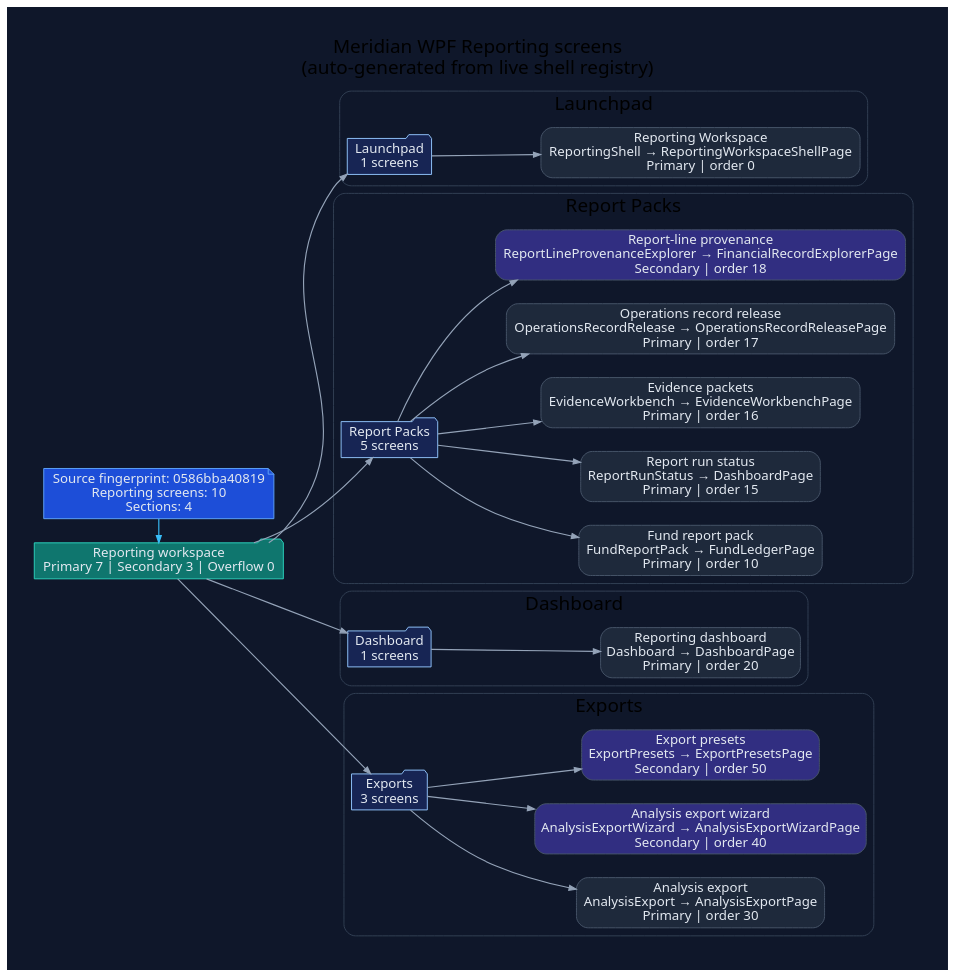
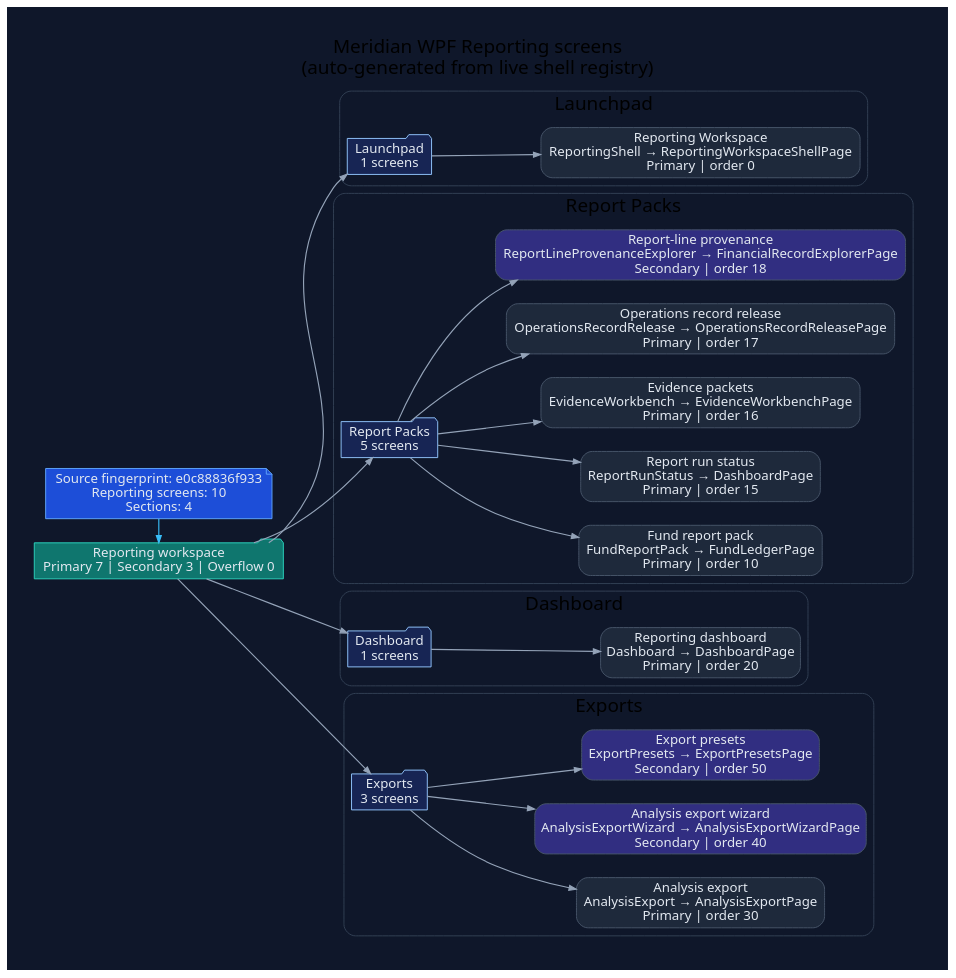
Before and after one commit to rodoHasArrived/Meridian-main: the diagram in docs/diagrams/ui-wpf-screens-reporting.dot, drawn with Graphviz. The commit also changed 21 other files, not shown here.

First line of the commit message:
docs(diagrams): regenerate UI diagrams for the changed WPF source fingerprint

```diff
--- a/docs/diagrams/ui-wpf-screens-reporting.dot
+++ b/docs/diagrams/ui-wpf-screens-reporting.dot
@@ -1,78 +1,78 @@
 // -----------------------------------------------------------------------------
 // <auto-generated>
 // Generated by scripts/generate-diagrams.mjs.
 // Do not edit this file directly; update the WPF source files instead.
 // -----------------------------------------------------------------------------
 digraph WpfReportingScreens {
   graph [
     rankdir=LR,
     labelloc=t,
     label="Meridian WPF Reporting screens\n(auto-generated from live shell registry)",
     fontname="Segoe UI",
     fontsize=20,
     pad=0.4,
     nodesep=0.35,
     ranksep=0.85,
     bgcolor="#0f172a"
   ];
   node [fontname="Segoe UI", shape=box, style="rounded,filled", color="#475569", fontcolor="#e2e8f0", fillcolor="#1e293b"];
   edge [fontname="Segoe UI", color="#94a3b8", penwidth=1.2, arrowsize=0.75];
 
-  generated [shape=note, fillcolor="#1d4ed8", color="#60a5fa", label="Source fingerprint: 0586bba40819\nReporting screens: 10\nSections: 4"];
+  generated [shape=note, fillcolor="#1d4ed8", color="#60a5fa", label="Source fingerprint: e0c88836f933\nReporting screens: 10\nSections: 4"];
   workspace [shape=folder, fillcolor="#0f766e", color="#2dd4bf", label="Reporting workspace\nPrimary 7 | Secondary 3 | Overflow 0"];
   generated -> workspace [color="#38bdf8"];
 
   subgraph cluster_section_1 {
     label="Launchpad";
     color="#334155";
     style="rounded";
     section_1 [shape=folder, fillcolor="#172554", color="#93c5fd", label="Launchpad\n1 screens"];
     workspace -> section_1;
     screen_ReportingShell [fillcolor="#1e293b", label="Reporting Workspace\nReportingShell → ReportingWorkspaceShellPage\nPrimary | order 0"];
     section_1 -> screen_ReportingShell;
   }
 
   subgraph cluster_section_2 {
     label="Report Packs";
     color="#334155";
     style="rounded";
     section_2 [shape=folder, fillcolor="#172554", color="#93c5fd", label="Report Packs\n5 screens"];
     workspace -> section_2;
     screen_FundReportPack [fillcolor="#1e293b", label="Fund report pack\nFundReportPack → FundLedgerPage\nPrimary | order 10"];
     section_2 -> screen_FundReportPack;
     screen_ReportRunStatus [fillcolor="#1e293b", label="Report run status\nReportRunStatus → DashboardPage\nPrimary | order 15"];
     section_2 -> screen_ReportRunStatus;
     screen_EvidenceWorkbench [fillcolor="#1e293b", label="Evidence packets\nEvidenceWorkbench → EvidenceWorkbenchPage\nPrimary | order 16"];
     section_2 -> screen_EvidenceWorkbench;
     screen_OperationsRecordRelease [fillcolor="#1e293b", label="Operations record release\nOperationsRecordRelease → OperationsRecordReleasePage\nPrimary | order 17"];
     section_2 -> screen_OperationsRecordRelease;
     screen_ReportLineProvenanceExplorer [fillcolor="#312e81", label="Report-line provenance\nReportLineProvenanceExplorer → FinancialRecordExplorerPage\nSecondary | order 18"];
     section_2 -> screen_ReportLineProvenanceExplorer;
   }
 
   subgraph cluster_section_3 {
     label="Dashboard";
     color="#334155";
     style="rounded";
     section_3 [shape=folder, fillcolor="#172554", color="#93c5fd", label="Dashboard\n1 screens"];
     workspace -> section_3;
     screen_Dashboard [fillcolor="#1e293b", label="Reporting dashboard\nDashboard → DashboardPage\nPrimary | order 20"];
     section_3 -> screen_Dashboard;
   }
 
   subgraph cluster_section_4 {
     label="Exports";
     color="#334155";
     style="rounded";
     section_4 [shape=folder, fillcolor="#172554", color="#93c5fd", label="Exports\n3 screens"];
     workspace -> section_4;
     screen_AnalysisExport [fillcolor="#1e293b", label="Analysis export\nAnalysisExport → AnalysisExportPage\nPrimary | order 30"];
     section_4 -> screen_AnalysisExport;
     screen_AnalysisExportWizard [fillcolor="#312e81", label="Analysis export wizard\nAnalysisExportWizard → AnalysisExportWizardPage\nSecondary | order 40"];
     section_4 -> screen_AnalysisExportWizard;
     screen_ExportPresets [fillcolor="#312e81", label="Export presets\nExportPresets → ExportPresetsPage\nSecondary | order 50"];
     section_4 -> screen_ExportPresets;
   }
 
   { rank=min; generated; workspace; }
 }
```
